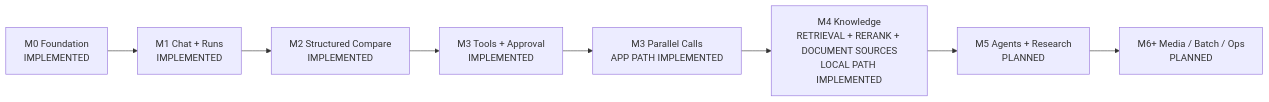
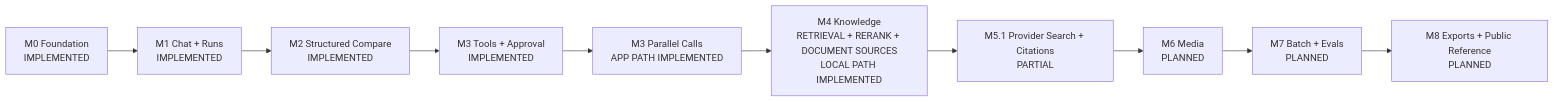
Before and after one commit to yorzi/rubyllm-workbench: the tenth of 10 diagrams in docs/ARCHITECTURE.md, drawn with Mermaid. The commit also changed other lines of this file and 36 other files, not shown here.

Commit message:
feat: add per-run provider search with citations

````diff
--- a/docs/ARCHITECTURE.md
+++ b/docs/ARCHITECTURE.md
@@ -517,10 +521,12 @@
 ```mermaid
 flowchart LR
     M0["M0 Foundation\nIMPLEMENTED"] --> M1["M1 Chat + Runs\nIMPLEMENTED"]
     M1 --> M2["M2 Structured Compare\nIMPLEMENTED"]
     M2 --> M3["M3 Tools + Approval\nIMPLEMENTED"]
     M3 --> M3P["M3 Parallel Calls\nAPP PATH IMPLEMENTED"]
     M3P --> M4["M4 Knowledge\nRETRIEVAL + RERANK + DOCUMENT SOURCES\nLOCAL PATH IMPLEMENTED"]
-    M4 --> M5["M5 Agents + Research\nPLANNED"]
-    M5 --> M6["M6+ Media / Batch / Ops\nPLANNED"]
+    M4 --> M5["M5.1 Provider Search + Citations\nPARTIAL"]
+    M5 --> M6["M6 Media\nPLANNED"]
+    M6 --> M7["M7 Batch + Evals\nPLANNED"]
+    M7 --> M8["M8 Exports + Public Reference\nPLANNED"]
 ```
````
